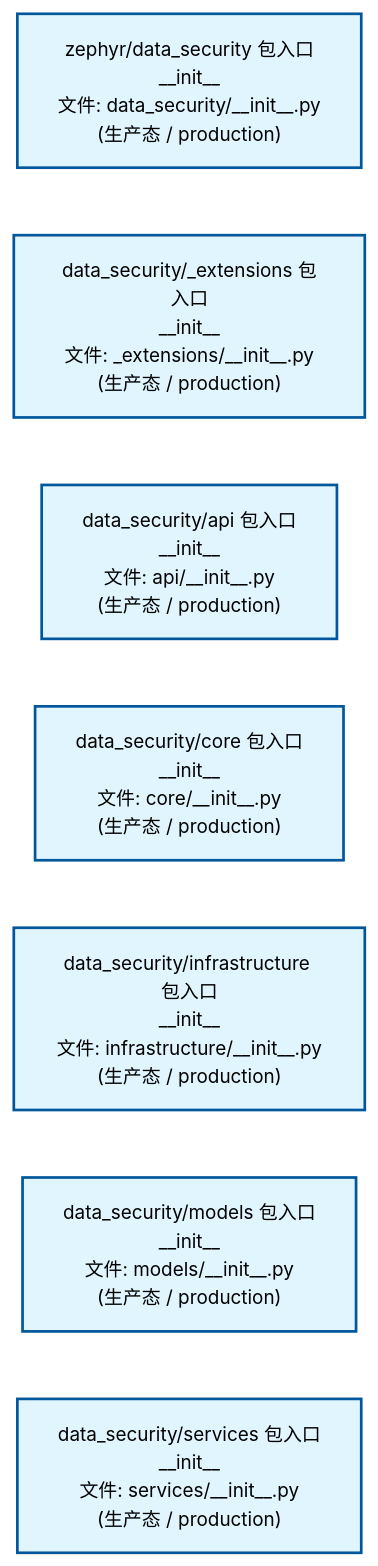
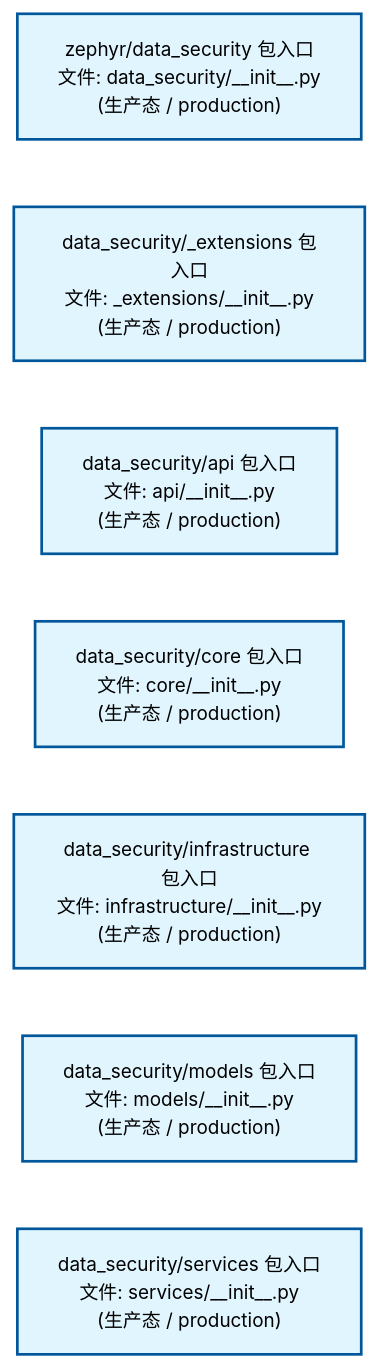
The second of 2 diagrams in docs/02_enterprise_architecture/02_domain_architecture_docs/14_d_data_sec.md (xuanFelixVan/ZephyrAlpha), drawn with Mermaid before and after one commit. The commit also changed other lines of this file and 58 other files, not shown here.

````diff
--- a/docs/02_enterprise_architecture/02_domain_architecture_docs/14_d_data_sec.md
+++ b/docs/02_enterprise_architecture/02_domain_architecture_docs/14_d_data_sec.md
@@ -80,22 +80,22 @@
 ```mermaid
 %%{init: {'theme': 'base', 'themeVariables': {'primaryColor': '#eaeaea', 'primaryTextColor': '#333333', 'primaryBorderColor': '#666666', 'lineColor': '#666666', 'secondaryColor': '#eaeaea', 'tertiaryColor': '#eaeaea', 'fontSize': '14px'}}}%%
 flowchart TD
-    src_zephyr_data_security_init_py["zephyr/data_security 包入口<br/>__init__<br/>文件: data_security/__init__.py<br/>(生产态 / production)"]
-    src_zephyr_data_security_extensions_init_py["data_security/_extensions 包入口<br/>__init__<br/>文件: _extensions/__init__.py<br/>(生产态 / production)"]
-    src_zephyr_data_security_api_init_py["data_security/api 包入口<br/>__init__<br/>文件: api/__init__.py<br/>(生产态 / production)"]
-    src_zephyr_data_security_core_init_py["data_security/core 包入口<br/>__init__<br/>文件: core/__init__.py<br/>(生产态 / production)"]
-    src_zephyr_data_security_infrastructure_init_py["data_security/infrastructure 包入口<br/>__init__<br/>文件: infrastructure/__init__.py<br/>(生产态 / production)"]
-    src_zephyr_data_security_models_init_py["data_security/models 包入口<br/>__init__<br/>文件: models/__init__.py<br/>(生产态 / production)"]
-    src_zephyr_data_security_services_init_py["data_security/services 包入口<br/>__init__<br/>文件: services/__init__.py<br/>(生产态 / production)"]
+    src_zephyr_data_security_init_py["zephyr/data_security 包入口<br/>文件: data_security/__init__.py<br/>(生产态 / production)"]
+    src_zephyr_data_security_extensions_init_py["data_security/_extensions 包入口<br/>文件: _extensions/__init__.py<br/>(生产态 / production)"]
+    src_zephyr_data_security_api_init_py["data_security/api 包入口<br/>文件: api/__init__.py<br/>(生产态 / production)"]
+    src_zephyr_data_security_core_init_py["data_security/core 包入口<br/>文件: core/__init__.py<br/>(生产态 / production)"]
+    src_zephyr_data_security_infrastructure_init_py["data_security/infrastructure 包入口<br/>文件: infrastructure/__init__.py<br/>(生产态 / production)"]
+    src_zephyr_data_security_models_init_py["data_security/models 包入口<br/>文件: models/__init__.py<br/>(生产态 / production)"]
+    src_zephyr_data_security_services_init_py["data_security/services 包入口<br/>文件: services/__init__.py<br/>(生产态 / production)"]
     src_zephyr_data_security_init_py ~~~ src_zephyr_data_security_extensions_init_py
     src_zephyr_data_security_extensions_init_py ~~~ src_zephyr_data_security_api_init_py
     src_zephyr_data_security_api_init_py ~~~ src_zephyr_data_security_core_init_py
     src_zephyr_data_security_core_init_py ~~~ src_zephyr_data_security_infrastructure_init_py
     src_zephyr_data_security_infrastructure_init_py ~~~ src_zephyr_data_security_models_init_py
     src_zephyr_data_security_models_init_py ~~~ src_zephyr_data_security_services_init_py
     classDef production fill:#e1f5fe,stroke:#01579b,stroke-width:2px,color:#000
     classDef design fill:#fff3e0,stroke:#e65100,stroke-width:2px,color:#000,stroke-dasharray: 5 5
     classDef external_prod fill:#e8f4fd,stroke:#0277bd,stroke-width:1px,color:#000
     classDef external_design fill:#fff8e7,stroke:#ef6c00,stroke-width:1px,color:#000,stroke-dasharray: 5 5
     class src_zephyr_data_security_init_py,src_zephyr_data_security_extensions_init_py,src_zephyr_data_security_api_init_py,src_zephyr_data_security_core_init_py,src_zephyr_data_security_infrastructure_init_py,src_zephyr_data_security_models_init_py,src_zephyr_data_security_services_init_py production
 ```
````
